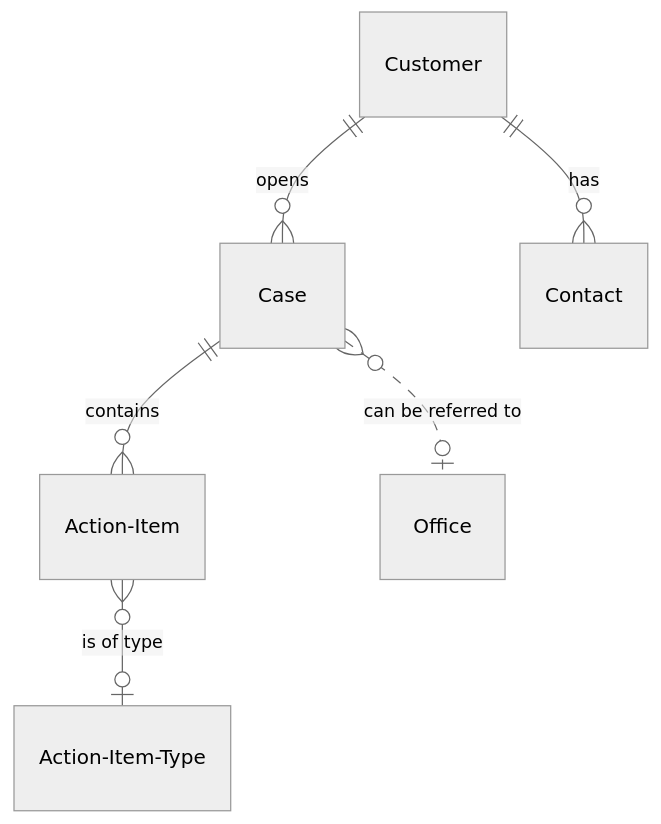
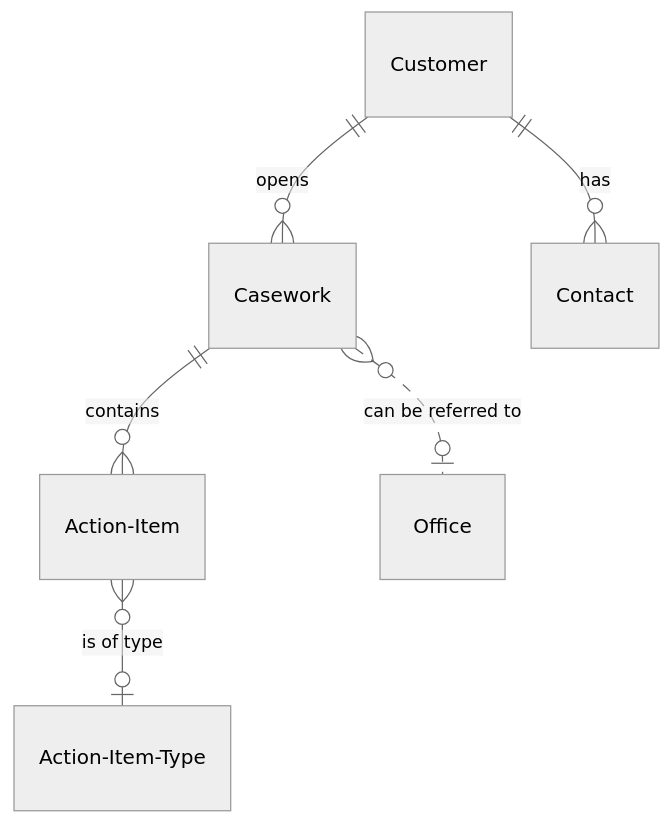
The diagram in docs/Entity relationship diagram.md (gaepdit/sbeap), drawn with Mermaid (neutral theme) before and after one commit. The commit also changed 5 other files, not shown here.

````diff
--- a/docs/Entity relationship diagram.md
+++ b/docs/Entity relationship diagram.md
@@ -3,9 +3,9 @@
 ```mermaid
 erDiagram
 
-Customer    ||--o{ Case             : "opens"
-Case        ||--o{ Action-Item      : "contains"
+Customer    ||--o{ Casework         : "opens"
+Casework    ||--o{ Action-Item      : "contains"
 Customer    ||--o{ Contact          : "has"
-Case        }o..o| Office           : "can be referred to"
+Casework    }o..o| Office           : "can be referred to"
 Action-Item }o--o| Action-Item-Type : "is of type"
 ```
````
